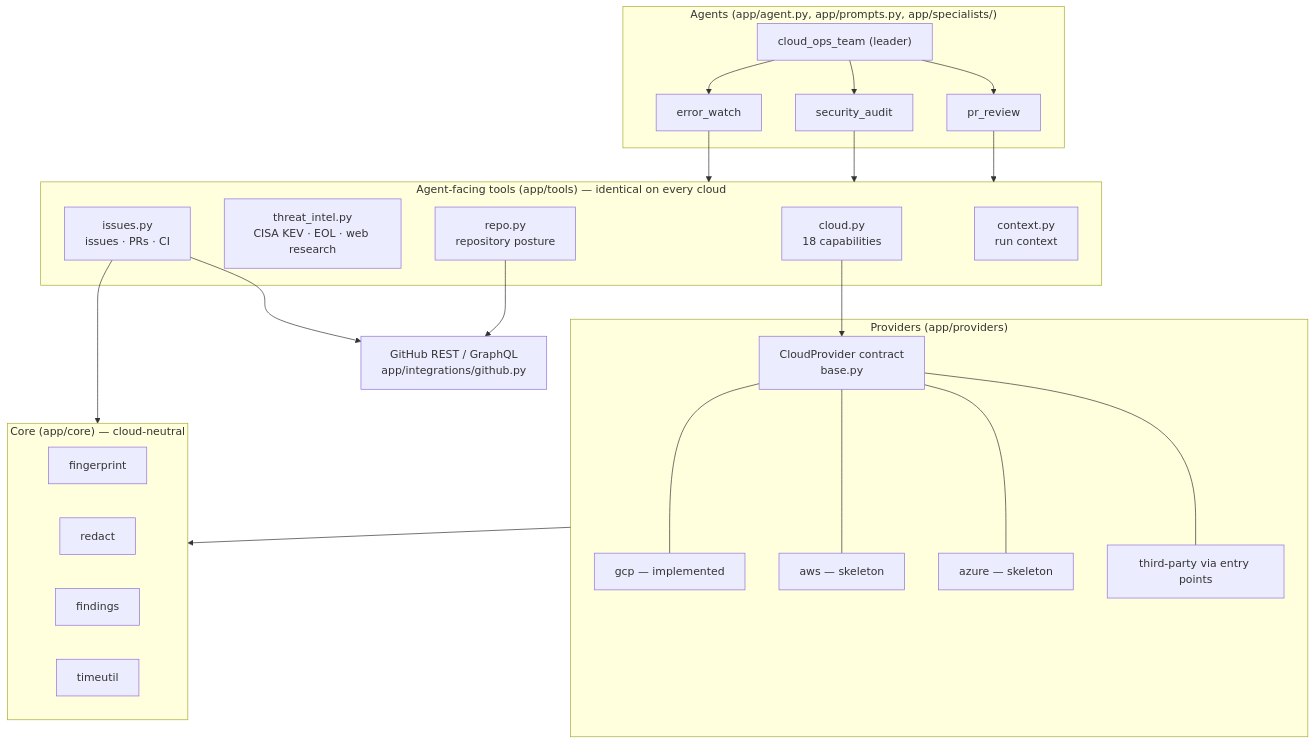
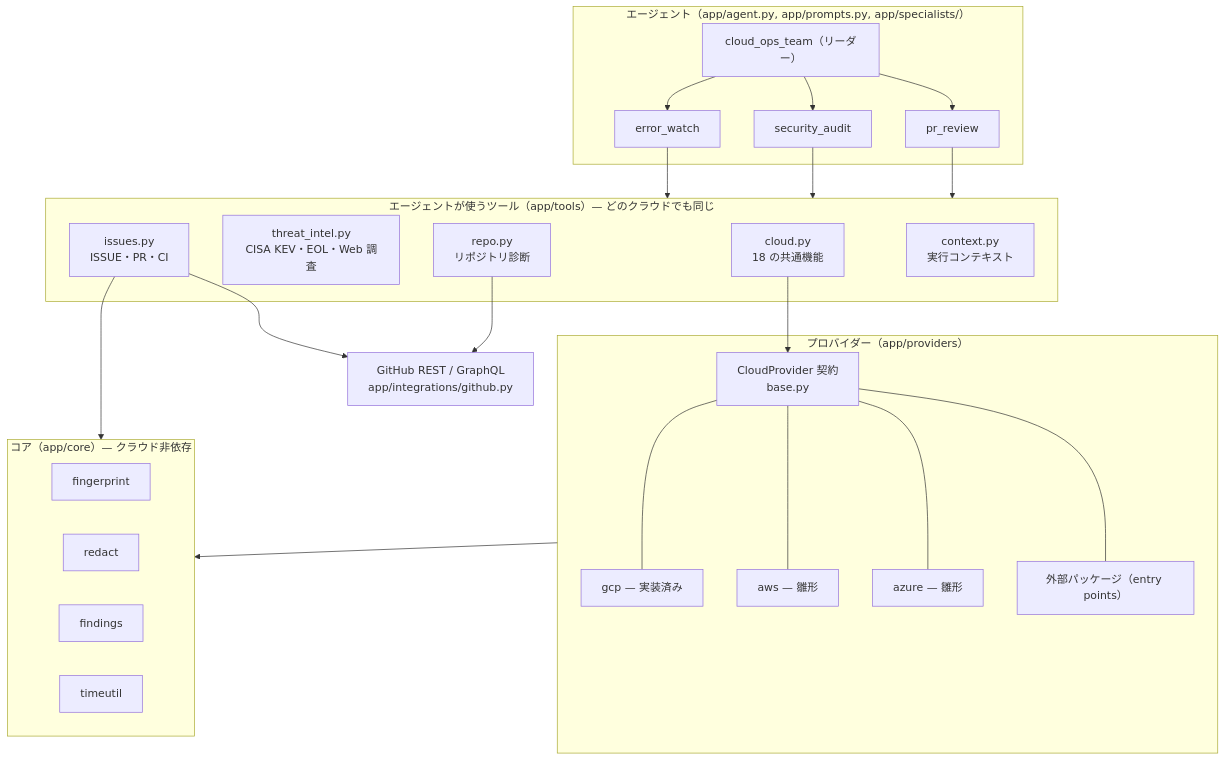
Before and after one commit to atsuki-sakai/cloud-ops-team: the second of 4 diagrams in docs/architecture.md, drawn with Mermaid. The commit also changed other lines of this file and 26 other files, not shown here.

````diff
--- a/docs/architecture.md
+++ b/docs/architecture.md
@@ -42,37 +41,37 @@
 ```mermaid
 flowchart TB
-    subgraph Agents["Agents (app/agent.py, app/prompts.py, app/specialists/)"]
-        ROOT["cloud_ops_team (leader)"]
+    subgraph Agents["エージェント（app/agent.py, app/prompts.py, app/specialists/）"]
+        ROOT["cloud_ops_team（リーダー）"]
         EW["error_watch"]
         SA["security_audit"]
         PR["pr_review"]
         ROOT --> EW & SA & PR
     end
-    subgraph Tools["Agent-facing tools (app/tools) — identical on every cloud"]
-        CLOUD["cloud.py<br/>18 capabilities"]
-        TI["threat_intel.py<br/>CISA KEV · EOL · web research"]
-        REPO["repo.py<br/>repository posture"]
-        ISS["issues.py<br/>issues · PRs · CI"]
-        CTX["context.py<br/>run context"]
+    subgraph Tools["エージェントが使うツール（app/tools）— どのクラウドでも同じ"]
+        CLOUD["cloud.py<br/>18 の共通機能"]
+        TI["threat_intel.py<br/>CISA KEV・EOL・Web 調査"]
+        REPO["repo.py<br/>リポジトリ診断"]
+        ISS["issues.py<br/>ISSUE・PR・CI"]
+        CTX["context.py<br/>実行コンテキスト"]
     end
-    subgraph Providers["Providers (app/providers)"]
-        BASE["CloudProvider contract<br/>base.py"]
-        GCP["gcp — implemented"]
-        AWS["aws — skeleton"]
-        AZ["azure — skeleton"]
-        EXT["third-party via entry points"]
+    subgraph Providers["プロバイダー（app/providers）"]
+        BASE["CloudProvider 契約<br/>base.py"]
+        GCP["gcp — 実装済み"]
+        AWS["aws — 雛形"]
+        AZ["azure — 雛形"]
+        EXT["外部パッケージ（entry points）"]
         BASE --- GCP & AWS & AZ & EXT
     end
-    subgraph Core["Core (app/core) — cloud-neutral"]
+    subgraph Core["コア（app/core）— クラウド非依存"]
         FP["fingerprint"]
         RD["redact"]
         FD["findings"]
         TU["timeutil"]
     end
     GH["GitHub REST / GraphQL<br/>app/integrations/github.py"]
     EW & SA & PR --> Tools
     CLOUD --> BASE
     ISS & REPO --> GH
     Providers --> Core
     ISS --> Core
 ```
````
